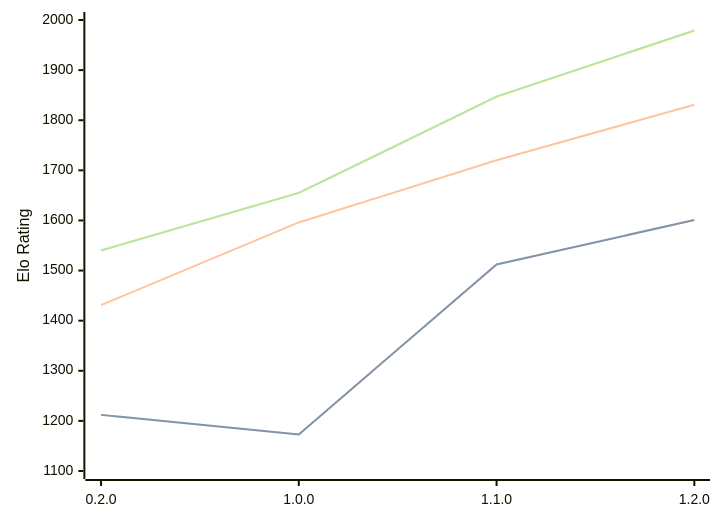
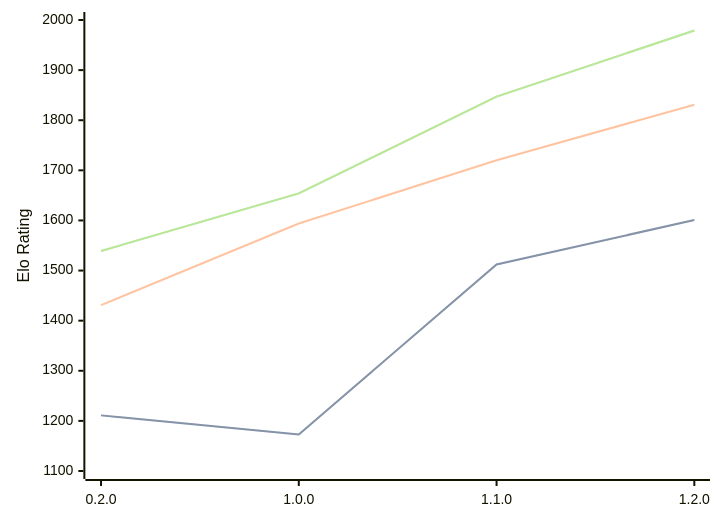
One commit to computer-chess-index/cci changed the diagram in engines/Zeppelin.md. Above: the diagram before and after it, drawn with Mermaid. The commit also changed other lines of this file, not shown here.

Commit message:
Update CCI Ratings (ELO VLTC) - 2026-03-03

````diff
--- a/engines/Zeppelin.md
+++ b/engines/Zeppelin.md
@@ -34,11 +34,11 @@
 ```mermaid
 %%{init: {"theme":"base","themeVariables":{"seriesColors:['#a3a3a3','#222221','#faa371']}}}%%
 xychart-beta
   x-axis ["0.2.0", "1.0.0", "1.1.0", "1.2.0"]
   y-axis "Elo Rating" 1100 --> 2000
-  line "STC (8.0+0.08s)" [1212, 1173, 1512, 1601]
-  line "STC (8.0+0.08s)" [1212, 1173, 1512, 1601]
-  line "LTC (60.0+0.60s)" [1431, 1596, 1720, 1831]
-  line "VLTC (2m24s+1.12s)" [1540, 1655, 1847, 1979]
-  line "VLTC (2m24s+1.12s)" [1540, 1655, 1847, 1979]
+  line "STC (8.0+0.08s)" [1211, 1173, 1512, 1601]
+  line "STC (8.0+0.08s)" [1211, 1173, 1512, 1601]
+  line "LTC (60.0+0.60s)" [1431, 1594, 1720, 1831]
+  line "VLTC (2m24s+1.12s)" [1539, 1654, 1847, 1979]
+  line "VLTC (2m24s+1.12s)" [1539, 1654, 1847, 1979]
 ```
````
